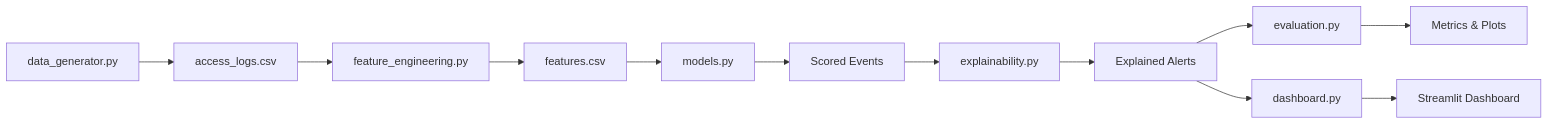
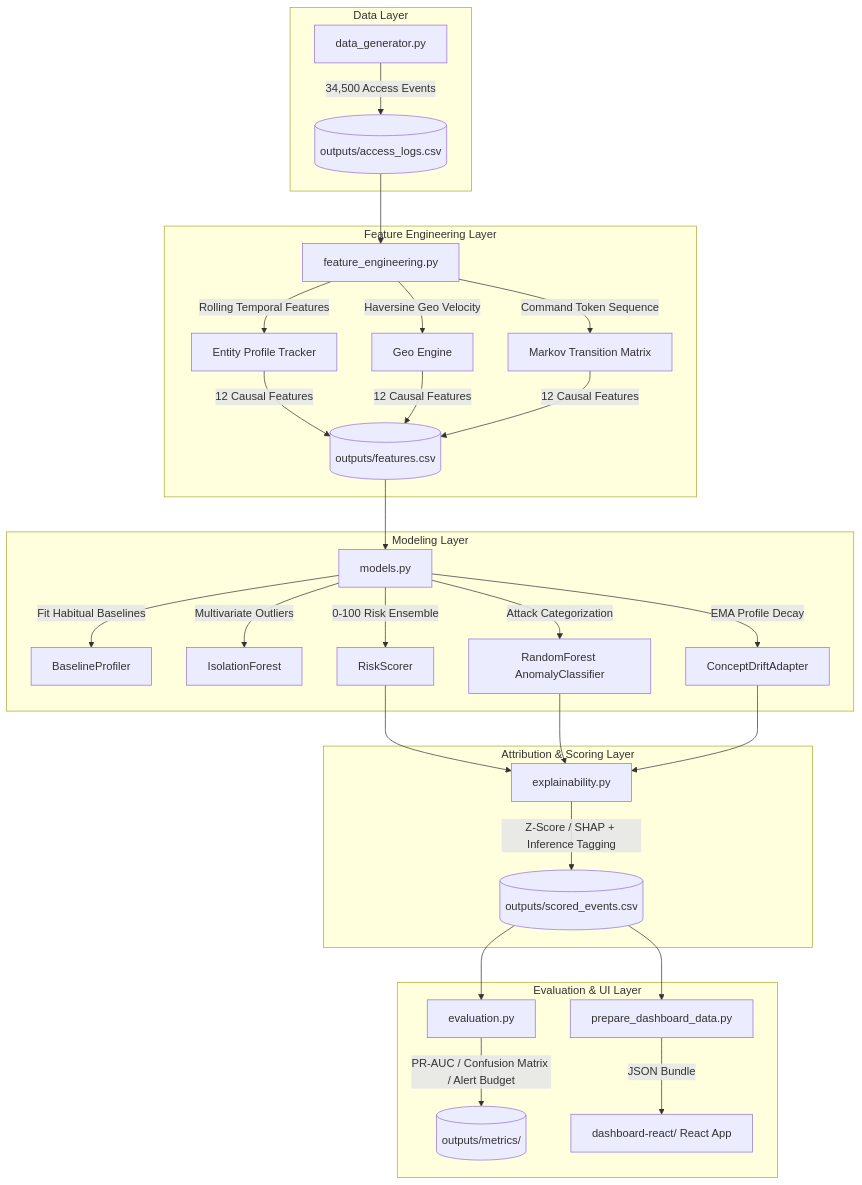
The diagram in README.md (devdiyac/AI-Powered-Behavioral-Anomaly-Detection), drawn with Mermaid before and after one commit. The commit also changed other lines of this file and 1 other file, not shown here.

````diff
--- a/README.md
+++ b/README.md
@@ -22,14 +54,35 @@
 ```mermaid
-graph LR
-    A[data_generator.py] --> B[access_logs.csv]
-    B --> C[feature_engineering.py]
-    C --> D[features.csv]
-    D --> E[models.py]
-    E --> F[Scored Events]
-    F --> G[explainability.py]
-    G --> H[Explained Alerts]
-    H --> I[evaluation.py]
-    H --> J[dashboard.py]
-    I --> K[Metrics & Plots]
-    J --> L[Streamlit Dashboard]
+flowchart TD
+    subgraph Data Layer
+        A[data_generator.py] -->|34,500 Access Events| B[(outputs/access_logs.csv)]
+    end
+
+    subgraph Feature Engineering Layer
+        B --> C[feature_engineering.py]
+        C -->|Rolling Temporal Features| D1[Entity Profile Tracker]
+        C -->|Haversine Geo Velocity| D2[Geo Engine]
+        C -->|Command Token Sequence| D3[Markov Transition Matrix]
+        D1 & D2 & D3 -->|12 Causal Features| E[(outputs/features.csv)]
+    end
+
+    subgraph Modeling Layer
+        E --> F[models.py]
+        F -->|Fit Habitual Baselines| G1[BaselineProfiler]
+        F -->|Multivariate Outliers| G2[IsolationForest]
+        F -->|0-100 Risk Ensemble| G3[RiskScorer]
+        F -->|Attack Categorization| G4[RandomForest AnomalyClassifier]
+        F -->|EMA Profile Decay| G5[ConceptDriftAdapter]
+    end
+
+    subgraph Attribution & Scoring Layer
+        G3 & G4 & G5 --> H[explainability.py]
+        H -->|Z-Score / SHAP + Inference Tagging| I[(outputs/scored_events.csv)]
+    end
+
+    subgraph Evaluation & UI Layer
+        I --> J[evaluation.py]
+        I --> K[prepare_dashboard_data.py]
+        J -->|PR-AUC / Confusion Matrix / Alert Budget| L[(outputs/metrics/)]
+        K -->|JSON Bundle| M[dashboard-react/ React App]
+    end
 ```
````
